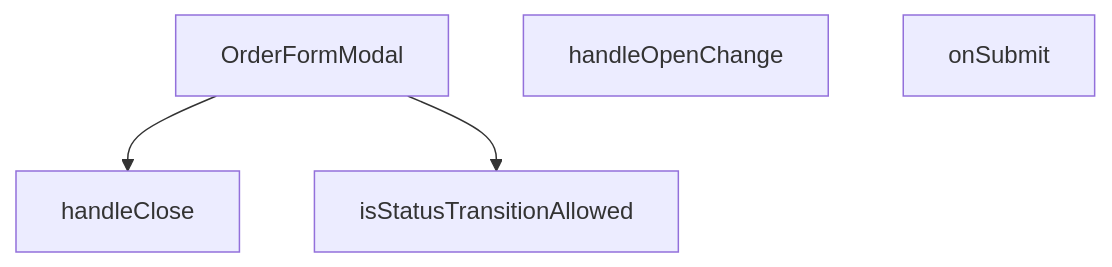
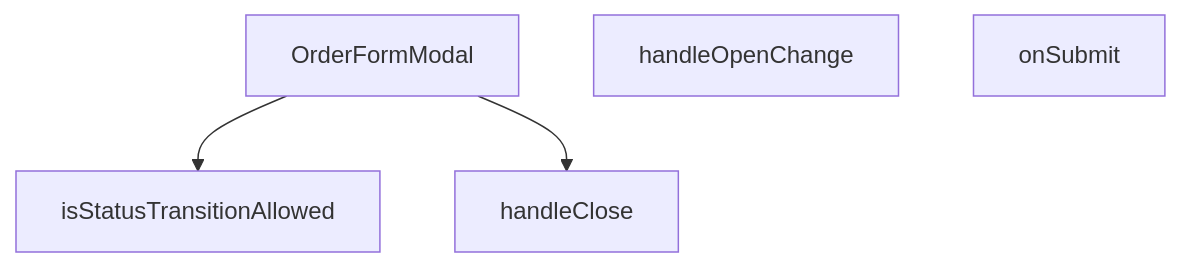
One commit to peckop/venthub-hvac-esite changed the diagram in src/components/admin/orders/OrderFormModal.md. Above: the diagram before and after it, drawn with Mermaid. The commit also changed other lines of this file and 11 other files, not shown here.

Commit message:
i18n(admin): Order/Settings modal gömülü Türkçe yazıları sözlüğe taşı (tr/en parity)

````diff
--- a/src/components/admin/orders/OrderFormModal.md
+++ b/src/components/admin/orders/OrderFormModal.md
@@ -292,10 +203,10 @@
 ```mermaid
 graph TD
     OrderFormModal_tsx__OrderFormModal["OrderFormModal"]
     OrderFormModal_tsx__handleClose["handleClose"]
     OrderFormModal_tsx__handleOpenChange["handleOpenChange"]
     OrderFormModal_tsx__isStatusTransitionAllowed["isStatusTransitionAllowed"]
     OrderFormModal_tsx__onSubmit["onSubmit"]
+    OrderFormModal_tsx__OrderFormModal --> OrderFormModal_tsx__isStatusTransitionAllowed
     OrderFormModal_tsx__OrderFormModal --> OrderFormModal_tsx__handleClose
-    OrderFormModal_tsx__OrderFormModal --> OrderFormModal_tsx__isStatusTransitionAllowed
 ```
````
